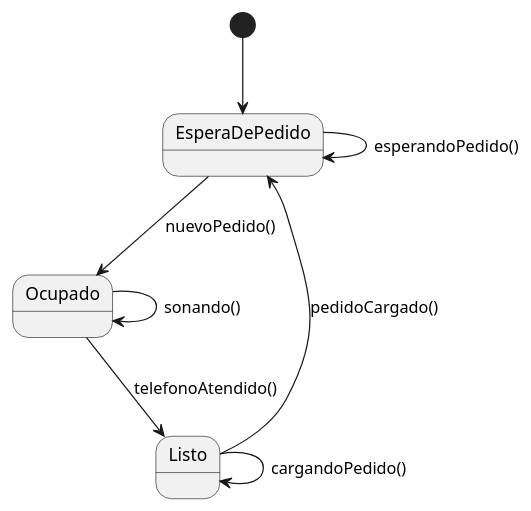
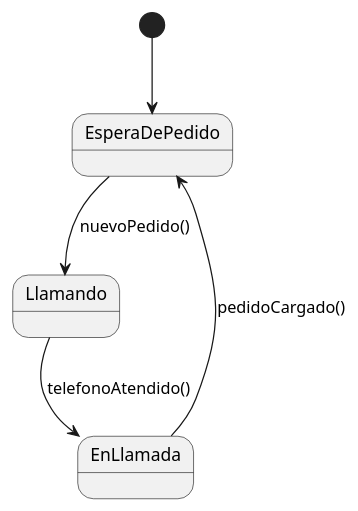
One commit to franciscolmos/PC-Ejercicios changed the diagram in Delivery/UML/telefono.puml. Above: the diagram before and after it, drawn with PlantUML. The commit also changed 3 other files, not shown here.

Commit message:
correcciones en los diagramas de estados

```diff
--- a/Delivery/UML/telefono.puml
+++ b/Delivery/UML/telefono.puml
@@ -1,9 +1,6 @@
 @startuml Telefono
     [*] --> EsperaDePedido
-    EsperaDePedido --> EsperaDePedido : esperandoPedido()
-    EsperaDePedido --> Ocupado : nuevoPedido()
-    Ocupado --> Ocupado : sonando()
-    Ocupado --> Listo: telefonoAtendido()
-    Listo --> Listo : cargandoPedido()
-    Listo --> EsperaDePedido : pedidoCargado()
-@enduml
+    EsperaDePedido --> Llamando : nuevoPedido()
+    Llamando --> EnLlamada: telefonoAtendido()
+    EnLlamada --> EsperaDePedido : pedidoCargado()
+@endumlx
```
